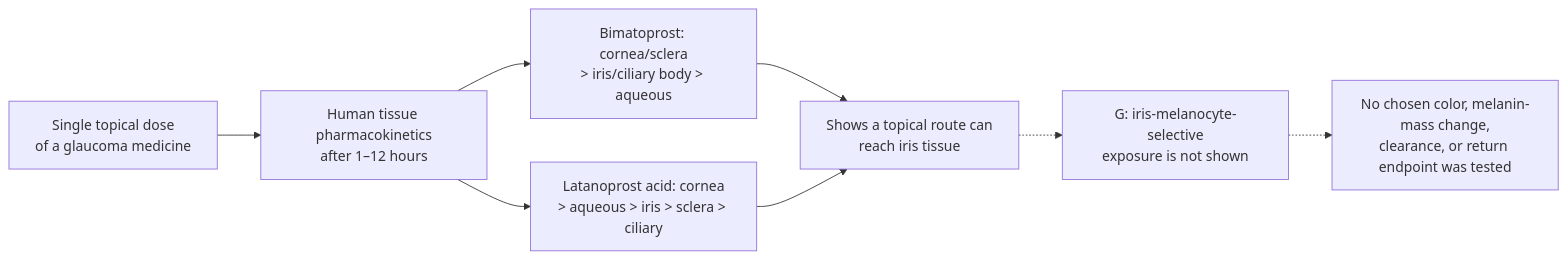
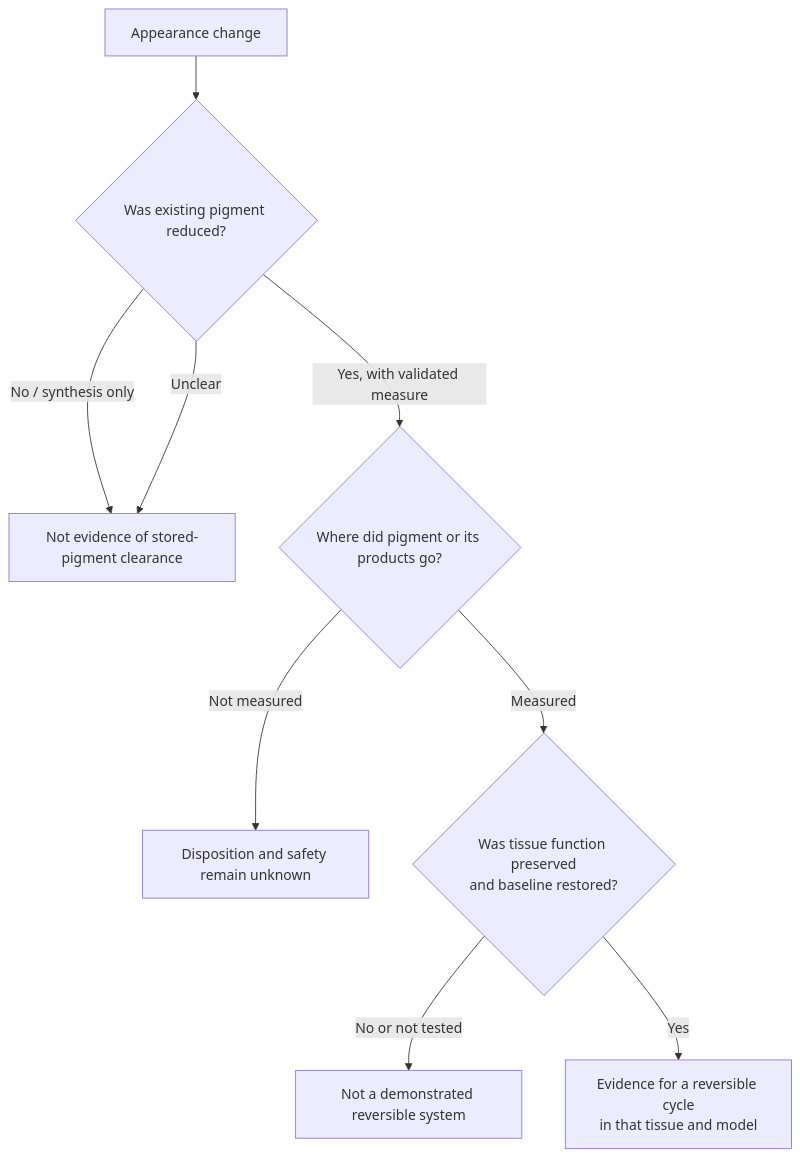
The second of 2 diagrams in research/bidirectional-reversibility.md (dylanstechmann/iris-color-without-contacts), drawn with Mermaid before and after one commit. The commit also changed other lines of this file, not shown here.

Commit message:
docs: focus iris reversibility note on distinct evidence questions

````diff
--- a/research/bidirectional-reversibility.md
+++ b/research/bidirectional-reversibility.md
@@ -33,10 +57,11 @@
 ```mermaid
-flowchart LR
-    D["Single topical dose<br/>of a glaucoma medicine"] --> H["Human tissue pharmacokinetics<br/>after 1–12 hours"]
-    H --> B["Bimatoprost: cornea/sclera<br/>> iris/ciliary body > aqueous"]
-    H --> L["Latanoprost acid: cornea<br/>> aqueous > iris > sclera > ciliary"]
-    B --> A["Shows a topical route can<br/>reach iris tissue"]
-    L --> A
-    A -.-> S["G: iris-melanocyte-selective<br/>exposure is not shown"]
-    S -.-> C["No chosen color, melanin-mass change,<br/>clearance, or return endpoint was tested"]
+flowchart TB
+    A["Appearance change"] --> B{"Was existing pigment reduced?"}
+    B -->|"No / synthesis only"| C["Not evidence of stored-pigment clearance"]
+    B -->|"Unclear"| C
+    B -->|"Yes, with validated measure"| D{"Where did pigment or its products go?"}
+    D -->|"Not measured"| E["Disposition and safety remain unknown"]
+    D -->|"Measured"| F{"Was tissue function preserved<br/>and baseline restored?"}
+    F -->|"No or not tested"| G["Not a demonstrated reversible system"]
+    F -->|"Yes"| H["Evidence for a reversible cycle<br/>in that tissue and model"]
 ```
````
